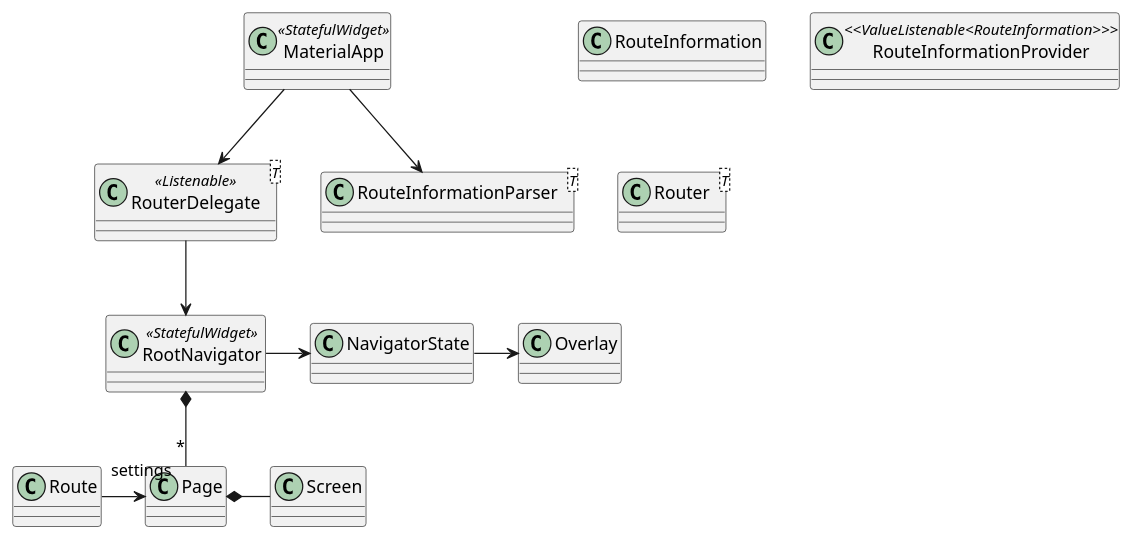
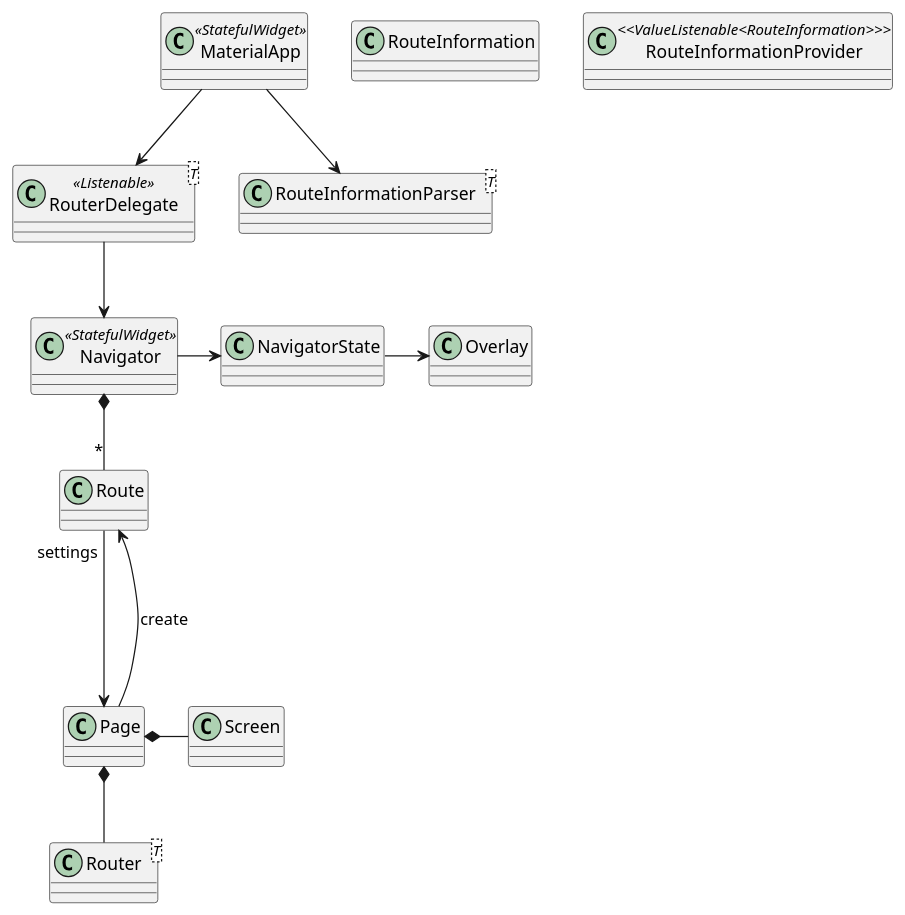
Before and after one commit to tamas-p/hisma: the third of 5 diagrams in packages/hisma_flutter/doc/flutter_routing_study/routing_class_diagrams.plantuml, drawn with PlantUML. The commit also changed other lines of this file and 175 other files, not shown here.

```diff
--- a/packages/hisma_flutter/doc/flutter_routing_study/routing_class_diagrams.plantuml
+++ b/packages/hisma_flutter/doc/flutter_routing_study/routing_class_diagrams.plantuml
@@ -39,19 +39,22 @@
 @startuml routing
 class MaterialApp <<StatefulWidget>>
-class RootNavigator <<StatefulWidget>>
+class Navigator <<StatefulWidget>>
 class RouterDelegate<T> <<Listenable>>
 class RouteInformationParser<T>
 class RouteInformation
 class RouteInformationProvider <<ValueListenable<RouteInformation>>>
 class Router<T>
 
-RootNavigator -> NavigatorState
+Navigator -> NavigatorState
 NavigatorState -> Overlay
 MaterialApp --> RouterDelegate
 MaterialApp --> RouteInformationParser
 
-RouterDelegate --> RootNavigator
-RootNavigator *-- "*" Page
+RouterDelegate --> Navigator
+Navigator *-- "*" Route
+Page *-- Router
 Page *- Screen
-Route "settings" -> Page
+Route "settings" --> Page
+Page  --->  Route : create
+
 @enduml
```
